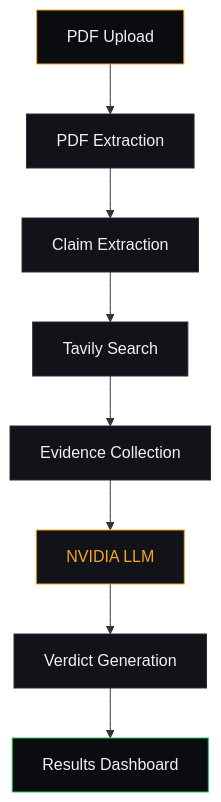
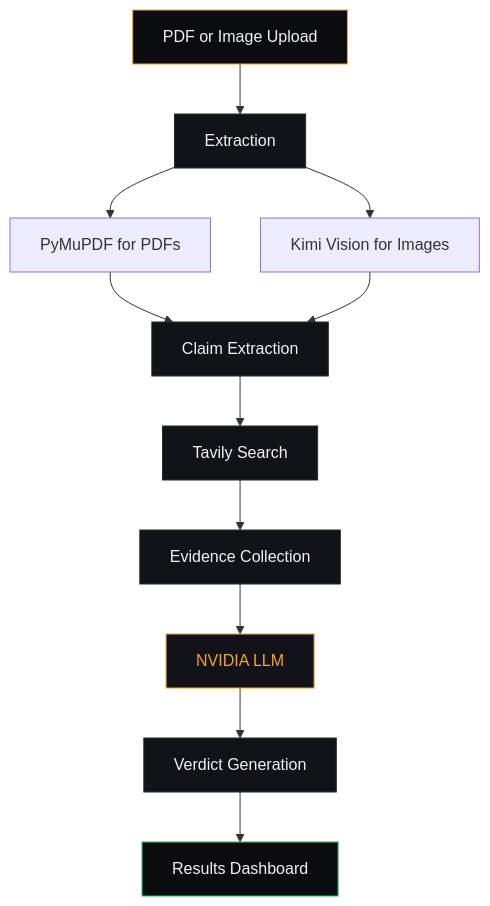
Before and after one commit to nitish-niraj/truthlayer: the diagram in README.md, drawn with Mermaid. The commit also changed other lines of this file and 58 other files, not shown here.

````diff
--- a/README.md
+++ b/README.md
@@ -123,19 +164,22 @@
 ```mermaid
 graph TD
-    A[PDF Upload] --> B[PDF Extraction]
-    B --> C[Claim Extraction]
+    A[PDF or Image Upload] --> B[Extraction]
+    B --> B1[PyMuPDF for PDFs]
+    B --> B2[Kimi Vision for Images]
+    B1 --> C[Claim Extraction]
+    B2 --> C
     C --> D[Tavily Search]
     D --> E[Evidence Collection]
     E --> F[NVIDIA LLM]
     F --> G[Verdict Generation]
     G --> H[Results Dashboard]
 
     style A fill:#0A0C0F,stroke:#F5A623,color:#F0F2F5
     style B fill:#111318,stroke:#2A2D36,color:#F0F2F5
     style C fill:#111318,stroke:#2A2D36,color:#F0F2F5
     style D fill:#111318,stroke:#2A2D36,color:#F0F2F5
     style E fill:#111318,stroke:#2A2D36,color:#F0F2F5
     style F fill:#111318,stroke:#F5A623,color:#F5A623
     style G fill:#111318,stroke:#2A2D36,color:#F0F2F5
     style H fill:#0A0C0F,stroke:#22C55E,color:#F0F2F5
 ```
````
